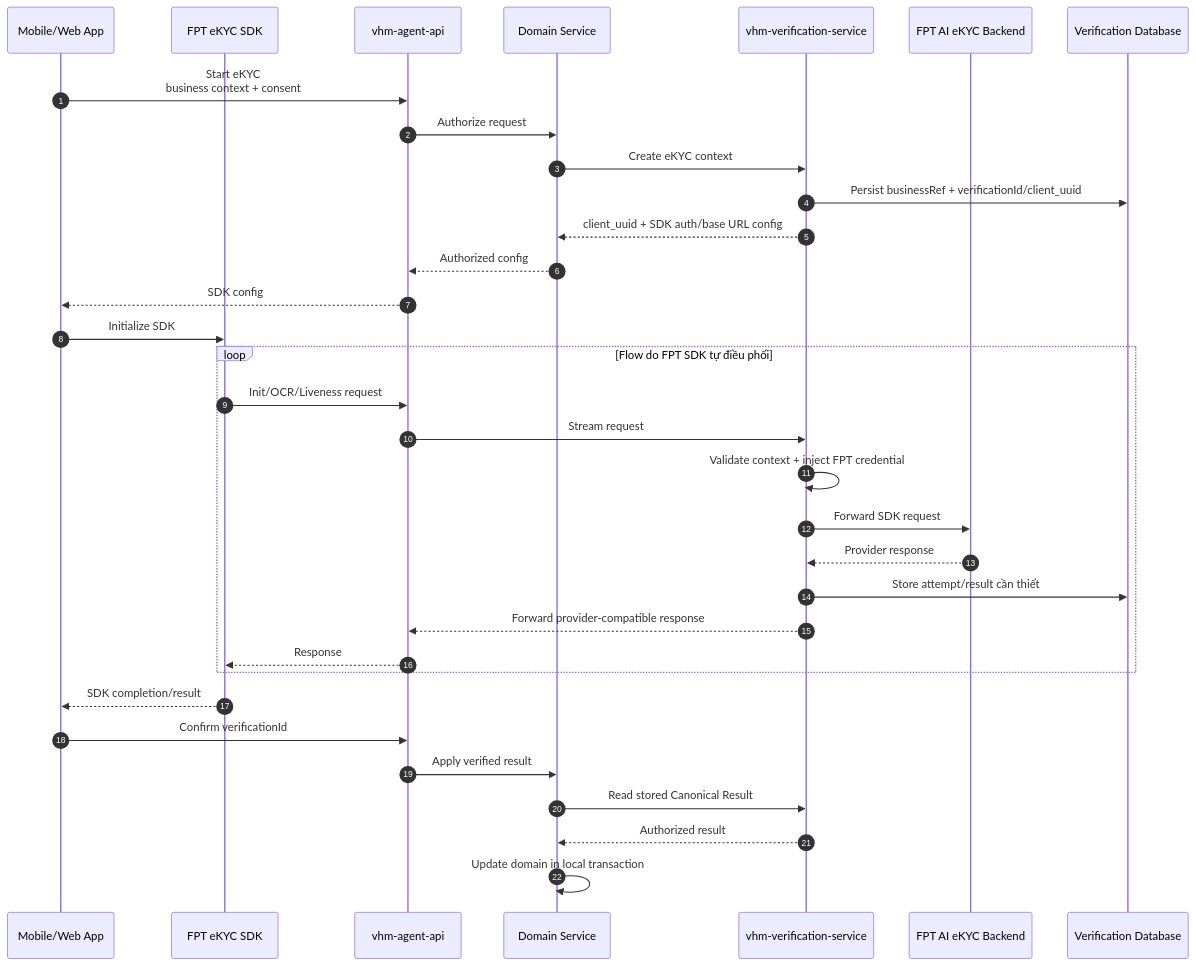
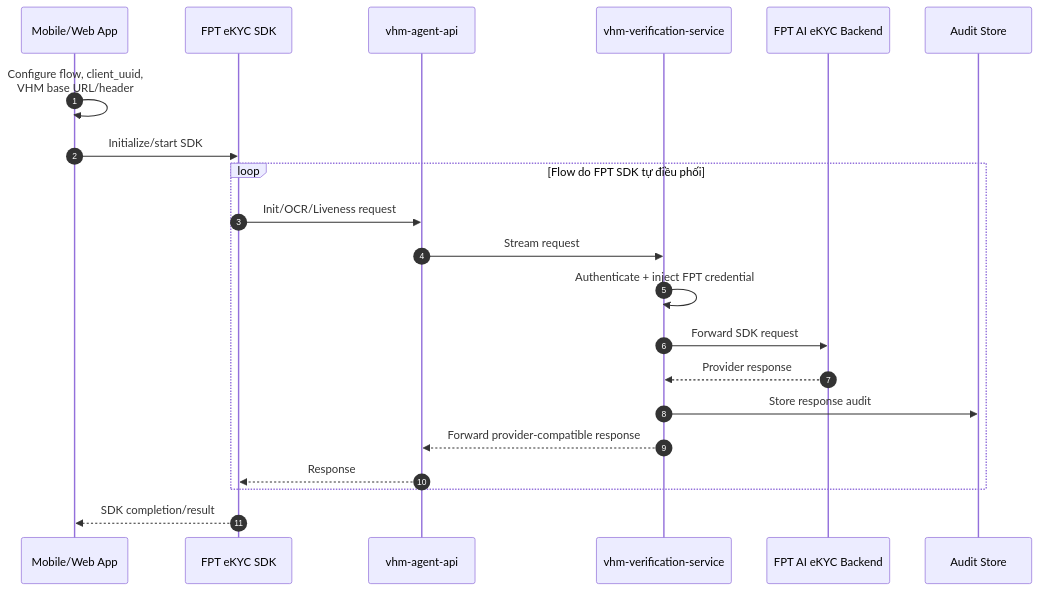
One commit to huynv-xyz/vhm changed the seventh of 8 diagrams in noxh-ekyc.md. Above: the diagram before and after it, drawn with Mermaid. The commit also changed other lines of this file, not shown here.

````diff
--- a/noxh-ekyc.md
+++ b/noxh-ekyc.md
@@ -368,38 +358,26 @@
 ```mermaid
 sequenceDiagram
     autonumber
     participant APP as Mobile/Web App
     participant SDK as FPT eKYC SDK
     participant BFF as vhm-agent-api
-    participant DOMAIN as Domain Service
     participant VERIFY as vhm-verification-service
     participant FPT as FPT AI eKYC Backend
-    participant DB as Verification Database
+    participant AUDIT as Audit Store
 
-    APP->>BFF: Start eKYC<br/>business context + consent
-    BFF->>DOMAIN: Authorize request
-    DOMAIN->>VERIFY: Create eKYC context
-    VERIFY->>DB: Persist businessRef + verificationId/client_uuid
-    VERIFY-->>DOMAIN: client_uuid + SDK auth/base URL config
-    DOMAIN-->>BFF: Authorized config
-    BFF-->>APP: SDK config
-    APP->>SDK: Initialize SDK
+    APP->>APP: Configure flow, client_uuid,<br/>VHM base URL/header
+    APP->>SDK: Initialize/start SDK
 
     loop Flow do FPT SDK tự điều phối
         SDK->>BFF: Init/OCR/Liveness request
         BFF->>VERIFY: Stream request
-        VERIFY->>VERIFY: Validate context + inject FPT credential
+        VERIFY->>VERIFY: Authenticate + inject FPT credential
         VERIFY->>FPT: Forward SDK request
         FPT-->>VERIFY: Provider response
-        VERIFY->>DB: Store attempt/result cần thiết
+        VERIFY->>AUDIT: Store response audit
         VERIFY-->>BFF: Forward provider-compatible response
         BFF-->>SDK: Response
     end
 
     SDK-->>APP: SDK completion/result
-    APP->>BFF: Confirm verificationId
-    BFF->>DOMAIN: Apply verified result
-    DOMAIN->>VERIFY: Read stored Canonical Result
-    VERIFY-->>DOMAIN: Authorized result
-    DOMAIN->>DOMAIN: Update domain in local transaction
 ```
````
